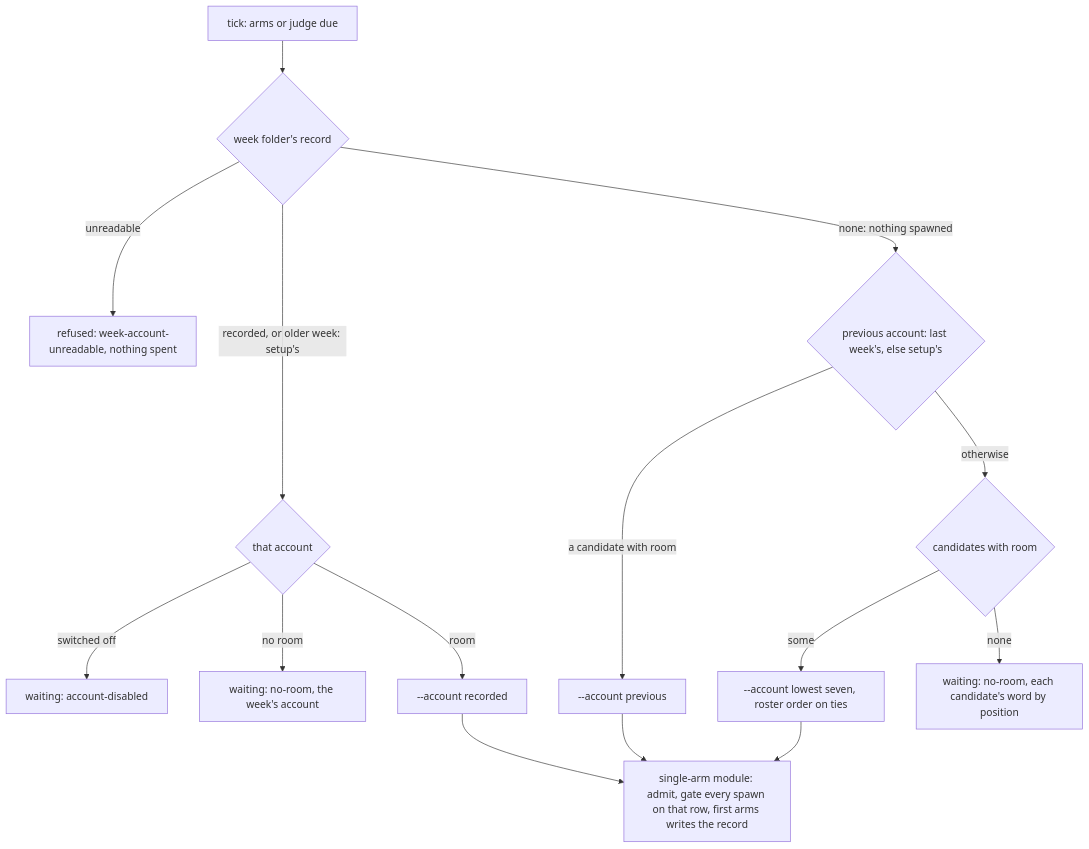
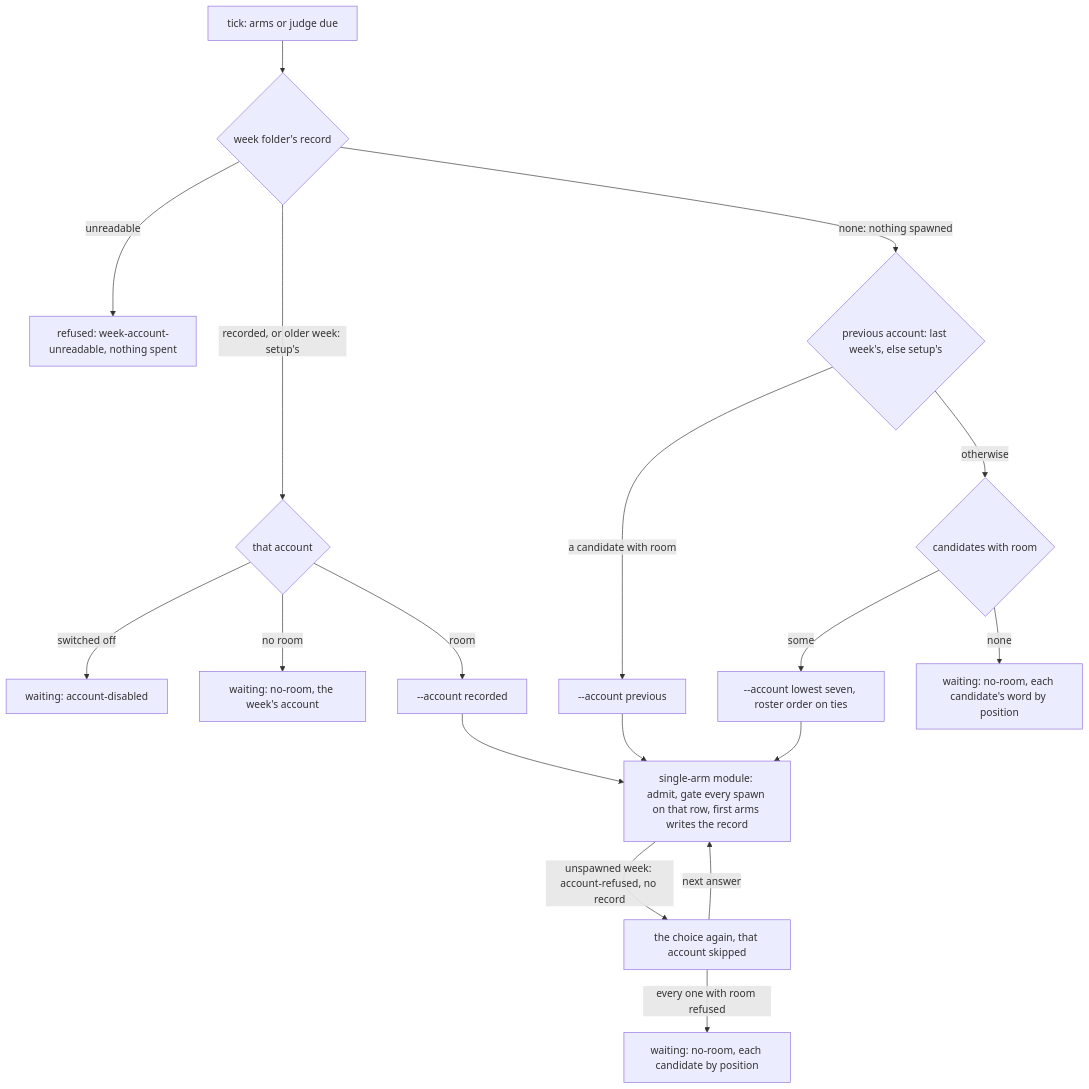
Before and after one commit to Synapsium-Labs/ccrc-pwa: the diagram in docs/superpowers/programs/overlord/quiz-account-room.md, drawn with Mermaid. The commit also changed other lines of this file and 1 other file, not shown here.

````diff
--- a/docs/superpowers/programs/overlord/quiz-account-room.md
+++ b/docs/superpowers/programs/overlord/quiz-account-room.md
@@ -52,15 +55,18 @@
 ```mermaid
 flowchart TD
     T[tick: arms or judge due] --> R{week folder's record}
     R -- unreadable --> U[refused: week-account-unreadable, nothing spent]
     R -- recorded, or older week: setup's --> S{that account}
     S -- switched off --> D[waiting: account-disabled]
     S -- no room --> N1[waiting: no-room, the week's account]
     S -- room --> A[--account recorded]
     R -- none: nothing spawned --> P{previous account: last week's, else setup's}
     P -- a candidate with room --> A2[--account previous]
     P -- otherwise --> L{candidates with room}
     L -- some --> A3[--account lowest seven, roster order on ties]
     L -- none --> N2[waiting: no-room, each candidate's word by position]
     A & A2 & A3 --> X[single-arm module: admit, gate every spawn on that row, first arms writes the record]
+    X -- unspawned week: account-refused, no record --> F[the choice again, that account skipped]
+    F -- next answer --> X
+    F -- every one with room refused --> N3[waiting: no-room, each candidate by position]
 ```
````
